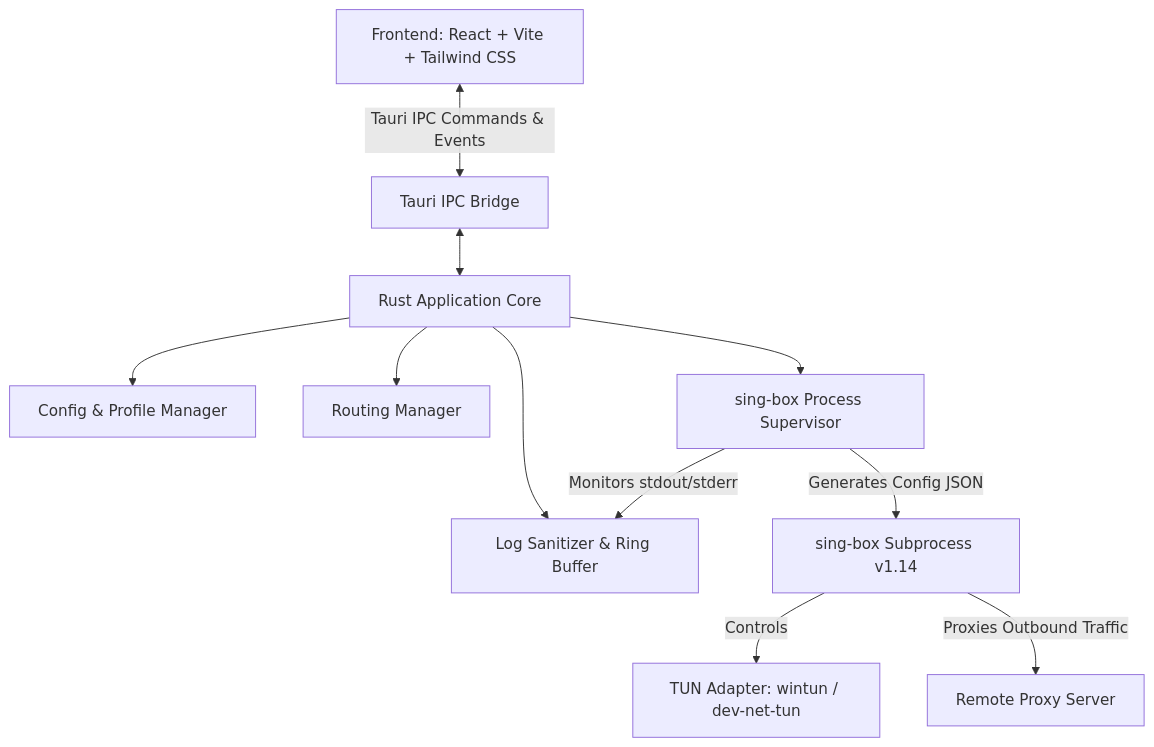
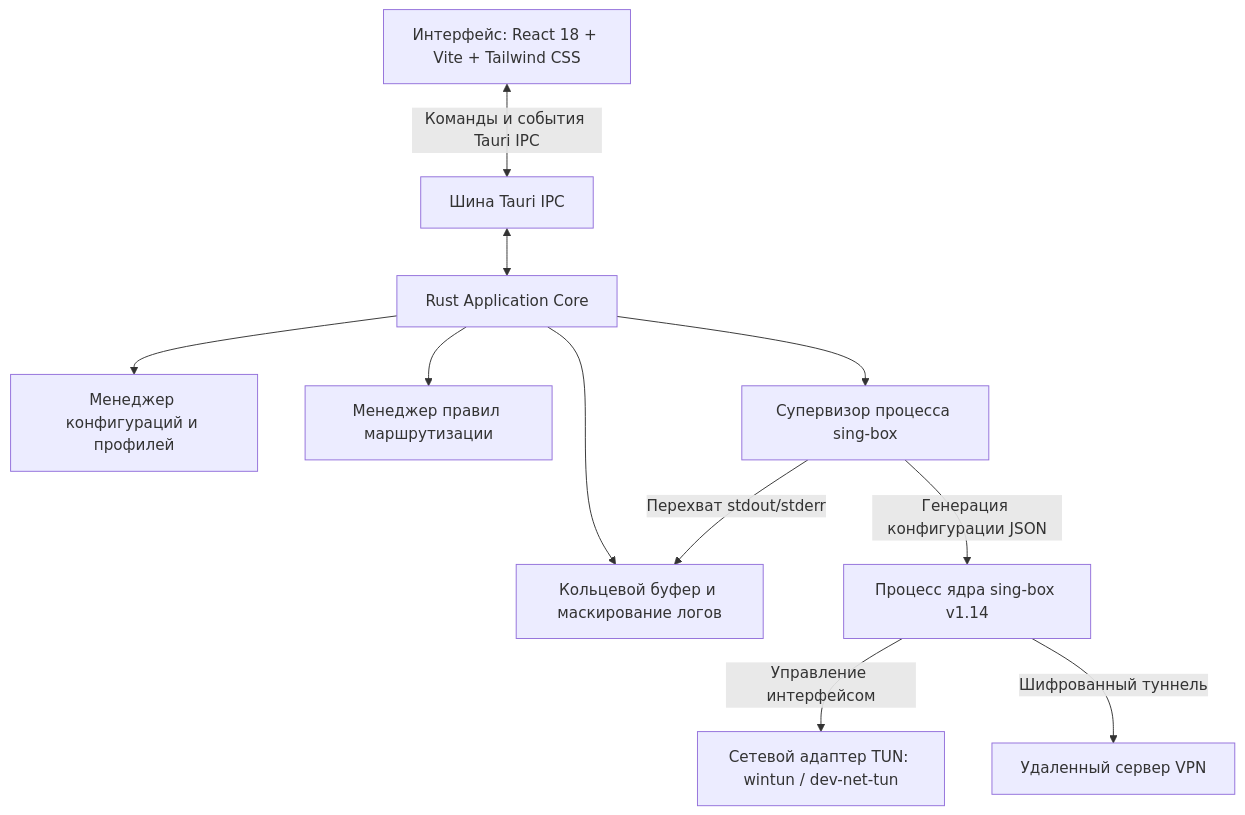
Before and after one commit to jools333/RustyBox: the diagram in README.md, drawn with Mermaid. The commit also changed other lines of this file and 6 other files, not shown here.

````diff
--- a/README.md
+++ b/README.md
@@ -75,25 +91,25 @@
 ```mermaid
 graph TD
-    UI[Frontend: React + Vite + Tailwind CSS]
-    IPC[Tauri IPC Bridge]
-    Backend[Rust Application Core]
-    ConfigMgr[Config & Profile Manager]
-    RoutingMgr[Routing Manager]
-    LogMgr[Log Sanitizer & Ring Buffer]
-    CoreMgr[sing-box Process Supervisor]
-    SingBox[sing-box Subprocess v1.14]
-    TunDev[TUN Adapter: wintun / dev-net-tun]
-    RemoteServer[Remote Proxy Server]
+    UI["Интерфейс: React 18 + Vite + Tailwind CSS"]
+    IPC["Шина Tauri IPC"]
+    Backend["Rust Application Core"]
+    ConfigMgr["Менеджер конфигураций и профилей"]
+    RoutingMgr["Менеджер правил маршрутизации"]
+    LogMgr["Кольцевой буфер и маскирование логов"]
+    CoreMgr["Супервизор процесса sing-box"]
+    SingBox["Процесс ядра sing-box v1.14"]
+    TunDev["Сетевой адаптер TUN: wintun / dev-net-tun"]
+    RemoteServer["Удаленный сервер VPN"]
 
-    UI <-->|Tauri IPC Commands & Events| IPC
+    UI <-->|Команды и события Tauri IPC| IPC
     IPC <--> Backend
     Backend --> ConfigMgr
     Backend --> RoutingMgr
     Backend --> LogMgr
     Backend --> CoreMgr
 
-    CoreMgr -->|Generates Config JSON| SingBox
-    CoreMgr -->|Monitors stdout/stderr| LogMgr
-    SingBox -->|Controls| TunDev
-    SingBox -->|Proxies Outbound Traffic| RemoteServer
+    CoreMgr -->|Генерация конфигурации JSON| SingBox
+    CoreMgr -->|Перехват stdout/stderr| LogMgr
+    SingBox -->|Управление интерфейсом| TunDev
+    SingBox -->|Шифрованный туннель| RemoteServer
 ```
````
